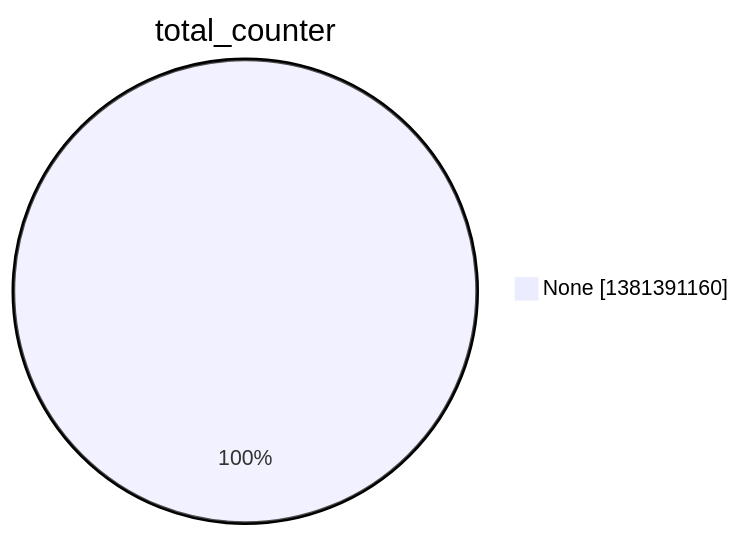
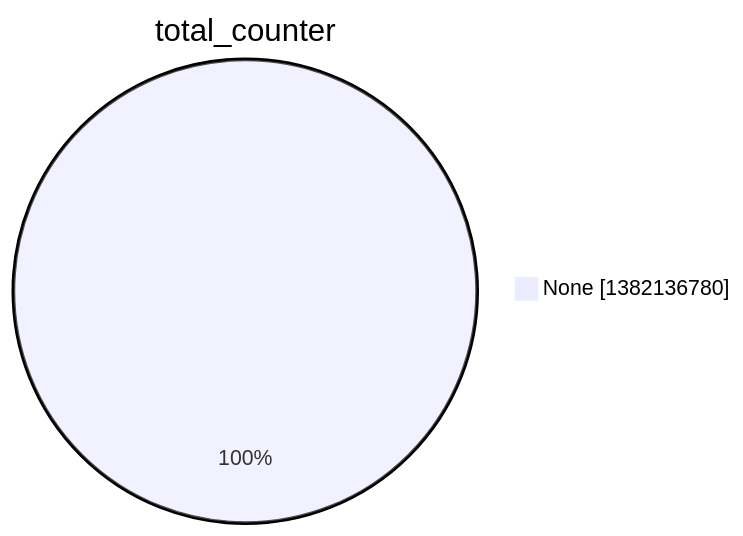
One commit to christiankrug/ctmonitor_visualization changed the second of 15 diagrams in argon2022/README.md. Above: the diagram before and after it, drawn with Mermaid. The commit also changed other lines of this file, not shown here.

````diff
--- a/argon2022/README.md
+++ b/argon2022/README.md
@@ -9,5 +9,5 @@
 ```mermaid
 pie showData
 title total_counter
-"None" :1381391160
+"None" :1382136780
 ```
````
